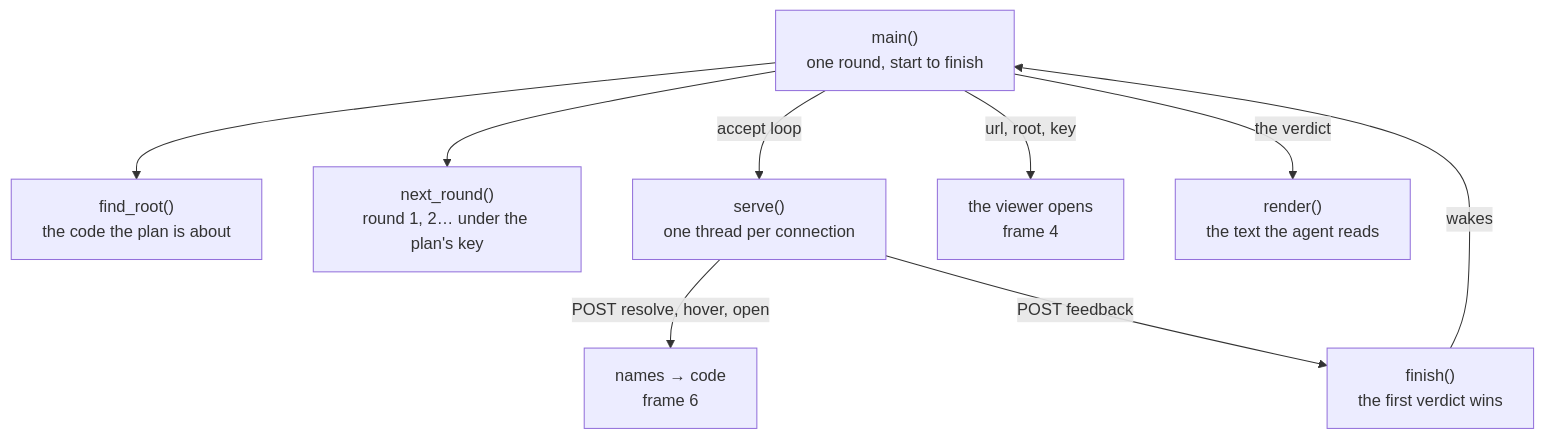
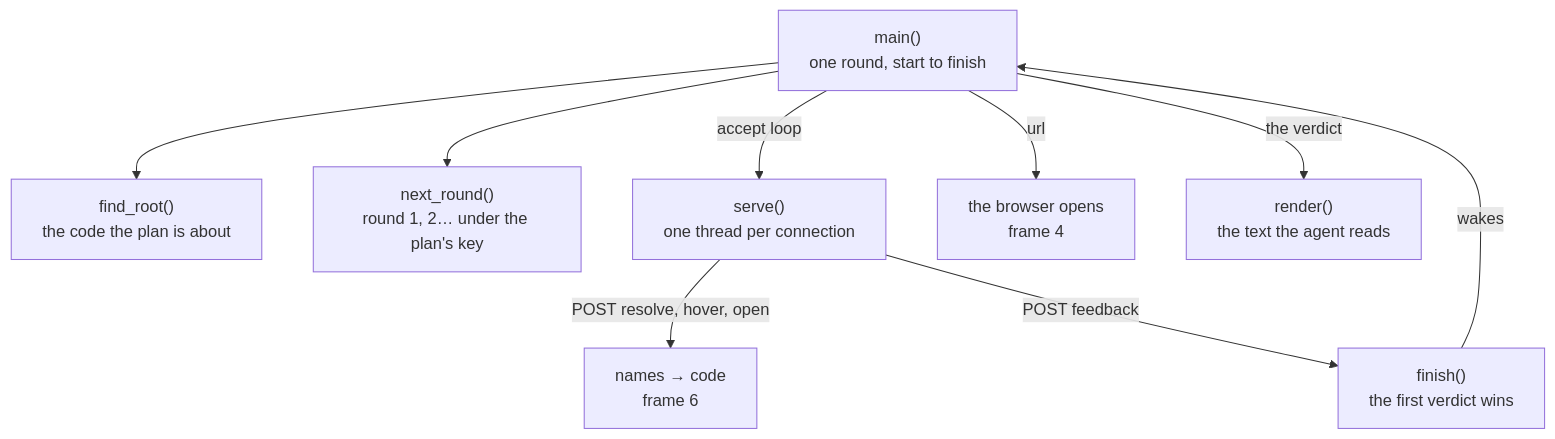
Before and after one commit to shyamalaravind/graphify-review: the third of 9 diagrams in ARCHITECTURE.md, drawn with Mermaid. The commit also changed other lines of this file and 11 other files, not shown here.

First line of the commit message:
Archive the VS Code viewer: graphify-review opens in the browser only

````diff
--- a/ARCHITECTURE.md
+++ b/ARCHITECTURE.md
@@ -100,19 +100,19 @@
 ```mermaid
 flowchart TD
   MAIN["main()<br/>one round, start to finish"]
   ROOT["find_root()<br/>the code the plan is about"]
   RND["next_round()<br/>round 1, 2… under the plan's key"]
   SRV["serve()<br/>one thread per connection"]
-  VIEW["the viewer opens<br/>frame 4"]
+  VIEW["the browser opens<br/>frame 4"]
   NAMES["names → code<br/>frame 6"]
   FIN["finish()<br/>the first verdict wins"]
   REN["render()<br/>the text the agent reads"]
   MAIN --> ROOT
   MAIN --> RND
-  MAIN -->|"url, root, key"| VIEW
+  MAIN -->|"url"| VIEW
   MAIN -->|"accept loop"| SRV
   SRV -->|"POST resolve, hover, open"| NAMES
   SRV -->|"POST feedback"| FIN
   FIN -->|"wakes"| MAIN
   MAIN -->|"the verdict"| REN
 ```
````
